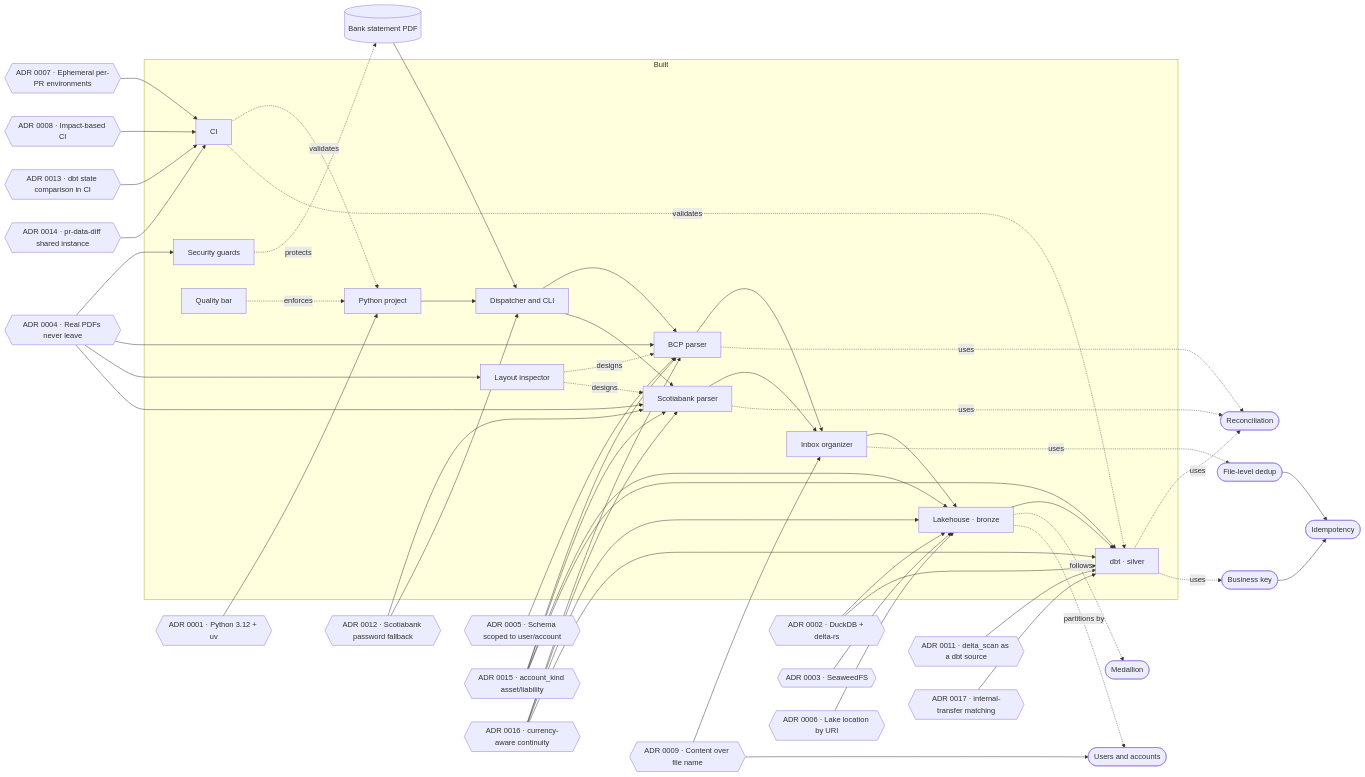
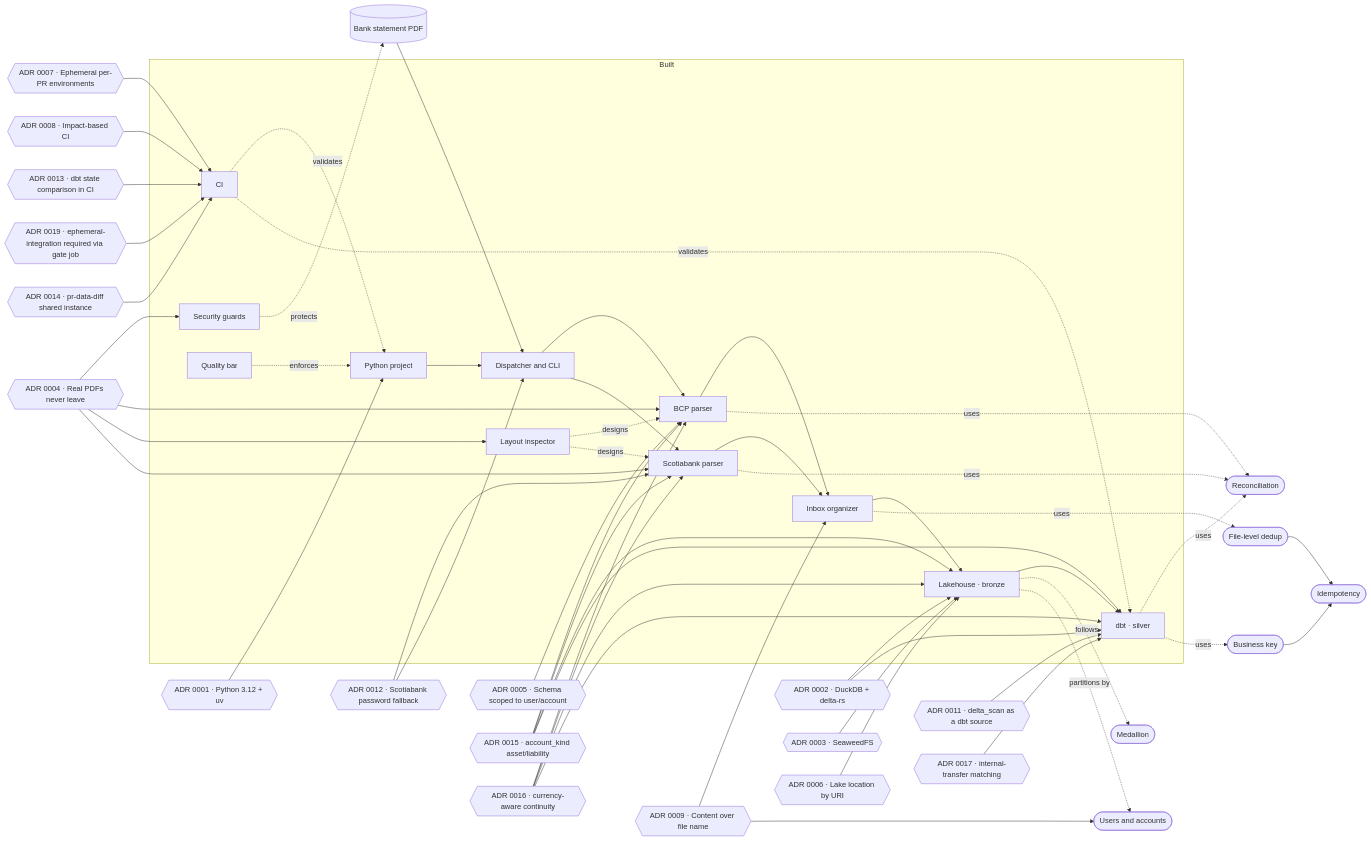
Before and after one commit to PieroRios2000/personal-finance-platform: the diagram in brain/README.md, drawn with Mermaid. The commit also changed other lines of this file and 4 other files, not shown here.

````diff
--- a/brain/README.md
+++ b/brain/README.md
@@ -12,67 +12,68 @@
 ```mermaid
 flowchart LR
     PDF[("Bank statement PDF")]
 
     subgraph built["Built"]
         GS["Security guards"]
         PY["Python project"]
         CI["CI"]
         INS["Layout inspector"]
         CAL["Quality bar"]
         CLID["Dispatcher and CLI"]
         BCP["BCP parser"]
         SCOTIA["Scotiabank parser"]
         ORG["Inbox organizer"]
         LAKE["Lakehouse · bronze"]
         DBT["dbt · silver"]
     end
 
     PDF --> CLID --> BCP --> ORG --> LAKE --> DBT
     CLID --> SCOTIA --> ORG
     PY --> CLID
     CI -. validates .-> PY
     GS -. protects .-> PDF
     INS -. designs .-> BCP
     INS -. designs .-> SCOTIA
     CAL -. enforces .-> PY
 
     BCP -. uses .-> REC(["Reconciliation"])
     SCOTIA -. uses .-> REC
     ORG -. uses .-> DED(["File-level dedup"])
     LAKE -. follows .-> MED(["Medallion"])
     LAKE -. partitions by .-> UA(["Users and accounts"])
     DBT -. uses .-> REC
     DBT -. uses .-> BK(["Business key"])
     DED --> IDE(["Idempotency"])
     BK --> IDE
 
     A1{{"ADR 0001 · Python 3.12 + uv"}} --> PY
     A2{{"ADR 0002 · DuckDB + delta-rs"}} --> LAKE
     A2 --> DBT
     A3{{"ADR 0003 · SeaweedFS"}} --> LAKE
     A4{{"ADR 0004 · Real PDFs never leave"}} --> GS
     A4 --> BCP
     A4 --> INS
     A4 --> SCOTIA
     A5{{"ADR 0005 · Schema scoped to user/account"}} --> BCP
     A6{{"ADR 0006 · Lake location by URI"}} --> LAKE
     A9{{"ADR 0009 · Content over file name"}} --> ORG
     A9 --> UA
     A11{{"ADR 0011 · delta_scan as a dbt source"}} --> DBT
     A7{{"ADR 0007 · Ephemeral per-PR environments"}} --> CI
     A8{{"ADR 0008 · Impact-based CI"}} --> CI
     A13{{"ADR 0013 · dbt state comparison in CI"}} --> CI
+    A19{{"ADR 0019 · ephemeral-integration required via gate job"}} --> CI
     A14{{"ADR 0014 · pr-data-diff shared instance"}} --> CI
     CI -. validates .-> DBT
     A12{{"ADR 0012 · Scotiabank password fallback"}} --> SCOTIA
     A12 --> CLID
     A15{{"ADR 0015 · account_kind asset/liability"}} --> BCP
     A15 --> SCOTIA
     A15 --> LAKE
     A15 --> DBT
     A16{{"ADR 0016 · currency-aware continuity"}} --> BCP
     A16 --> SCOTIA
     A16 --> LAKE
     A16 --> DBT
     A17{{"ADR 0017 · internal-transfer matching"}} --> DBT
 ```
````
